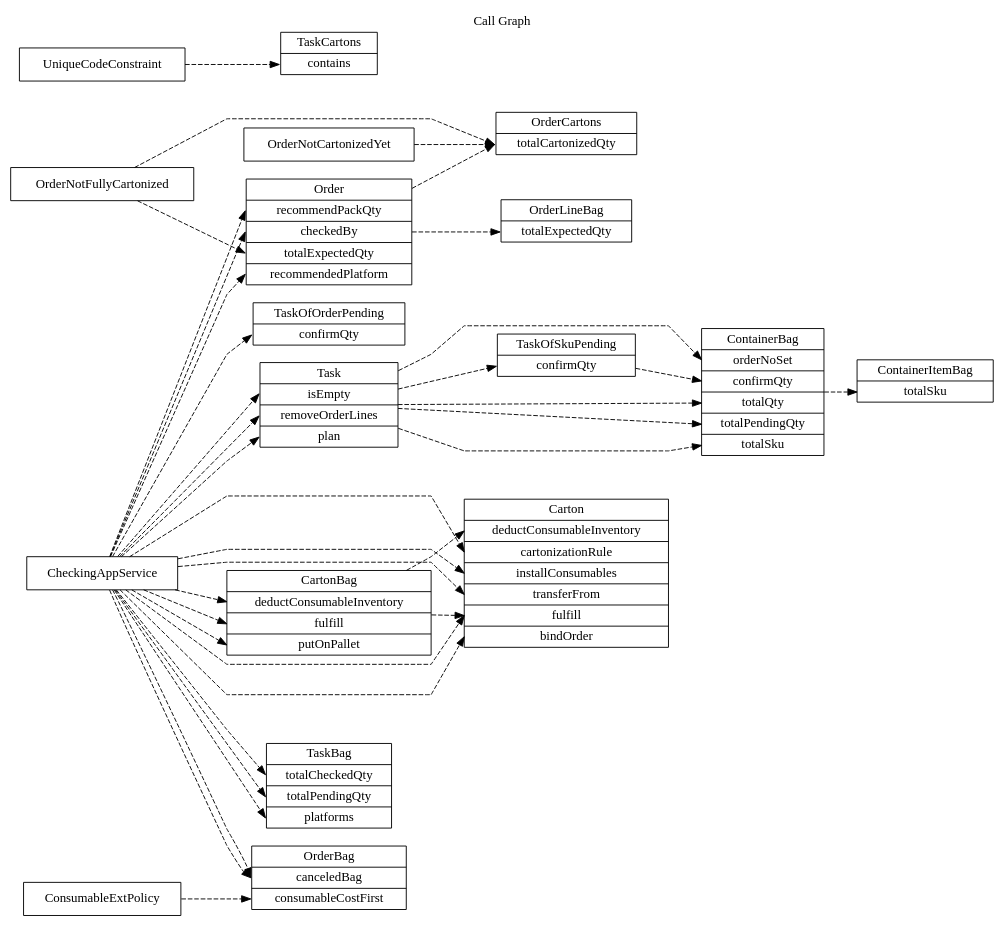
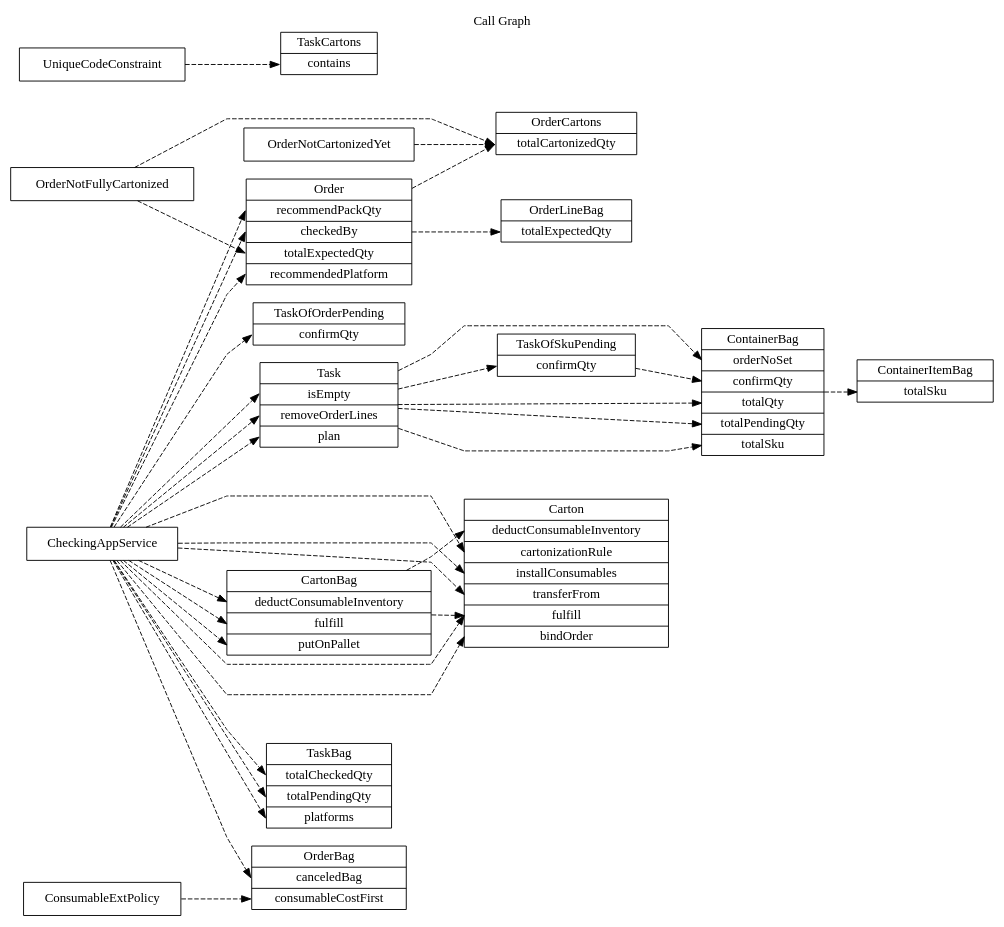
One commit to funkygao/cp-ddd-framework changed the diagram in doc/callgraph.dot. Above: the diagram before and after it, drawn with Graphviz. The commit also changed 2 other files, not shown here.

Commit message:
merge call graph edges if necessary

```diff
--- a/doc/callgraph.dot
+++ b/doc/callgraph.dot
@@ -1,59 +1,58 @@
 digraph G {
    label="Call Graph";
    labelloc = "t";
    rankdir=LR;
    splines = polyline;
    node [shape=record];
    edge [style = dashed, fontsize=10];
 
    Order [label="<Order> Order|<recommendPackQty> recommendPackQty|<checkedBy> checkedBy|<totalExpectedQty> totalExpectedQty|<recommendedPlatform> recommendedPlatform"];
    TaskOfOrderPending [label="<TaskOfOrderPending> TaskOfOrderPending|<confirmQty> confirmQty"];
    Task [label="<Task> Task|<isEmpty> isEmpty|<removeOrderLines> removeOrderLines|<plan> plan"];
    OrderCartons [label="<OrderCartons> OrderCartons|<totalCartonizedQty> totalCartonizedQty"];
    OrderLineBag [label="<OrderLineBag> OrderLineBag|<totalExpectedQty> totalExpectedQty"];
    TaskOfSkuPending [label="<TaskOfSkuPending> TaskOfSkuPending|<confirmQty> confirmQty"];
    CartonBag [label="<CartonBag> CartonBag|<deductConsumableInventory> deductConsumableInventory|<fulfill> fulfill|<putOnPallet> putOnPallet"];
    OrderBag [label="<OrderBag> OrderBag|<canceledBag> canceledBag|<consumableCostFirst> consumableCostFirst"];
    TaskCartons [label="<TaskCartons> TaskCartons|<contains> contains"];
    ContainerItemBag [label="<ContainerItemBag> ContainerItemBag|<totalSku> totalSku"];
    TaskBag [label="<TaskBag> TaskBag|<totalCheckedQty> totalCheckedQty|<totalPendingQty> totalPendingQty|<platforms> platforms"];
    ContainerBag [label="<ContainerBag> ContainerBag|<orderNoSet> orderNoSet|<confirmQty> confirmQty|<totalQty> totalQty|<totalPendingQty> totalPendingQty|<totalSku> totalSku"];
    Carton [label="<Carton> Carton|<deductConsumableInventory> deductConsumableInventory|<cartonizationRule> cartonizationRule|<installConsumables> installConsumables|<transferFrom> transferFrom|<fulfill> fulfill|<bindOrder> bindOrder"];
 
    CheckingAppService -> OrderBag:canceledBag
    CheckingAppService -> Task:removeOrderLines
    CheckingAppService -> Task:isEmpty
    CheckingAppService -> Task:plan
    CheckingAppService -> TaskBag:totalCheckedQty
    CheckingAppService -> TaskBag:totalPendingQty
    CheckingAppService -> Order:recommendedPlatform
    CheckingAppService -> TaskBag:platforms
-   CheckingAppService -> OrderBag:canceledBag
    CheckingAppService -> Order:recommendPackQty
    CheckingAppService -> Carton:cartonizationRule
    CheckingAppService -> Carton:bindOrder
    CheckingAppService -> Carton:transferFrom
    CheckingAppService -> TaskOfOrderPending:confirmQty
    CheckingAppService -> CartonBag:fulfill
    CheckingAppService -> CartonBag:putOnPallet
    CheckingAppService -> Order:checkedBy
    CheckingAppService -> CartonBag:deductConsumableInventory
    CheckingAppService -> Carton:installConsumables
    CheckingAppService -> Carton:fulfill
    CartonBag -> Carton:fulfill
    CartonBag -> Carton:deductConsumableInventory
    ConsumableExtPolicy -> OrderBag:consumableCostFirst
    Order -> OrderCartons:totalCartonizedQty
    Order -> OrderLineBag:totalExpectedQty
    OrderNotCartonizedYet -> OrderCartons:totalCartonizedQty
    OrderNotFullyCartonized -> Order:totalExpectedQty
    OrderNotFullyCartonized -> OrderCartons:totalCartonizedQty
    ContainerBag -> ContainerItemBag:totalSku
    UniqueCodeConstraint -> TaskCartons:contains
    Task -> TaskOfSkuPending:confirmQty
    Task -> ContainerBag:totalSku
    Task -> ContainerBag:totalQty
    Task -> ContainerBag:totalPendingQty
    Task -> ContainerBag:orderNoSet
    TaskOfSkuPending -> ContainerBag:confirmQty
 }
```
